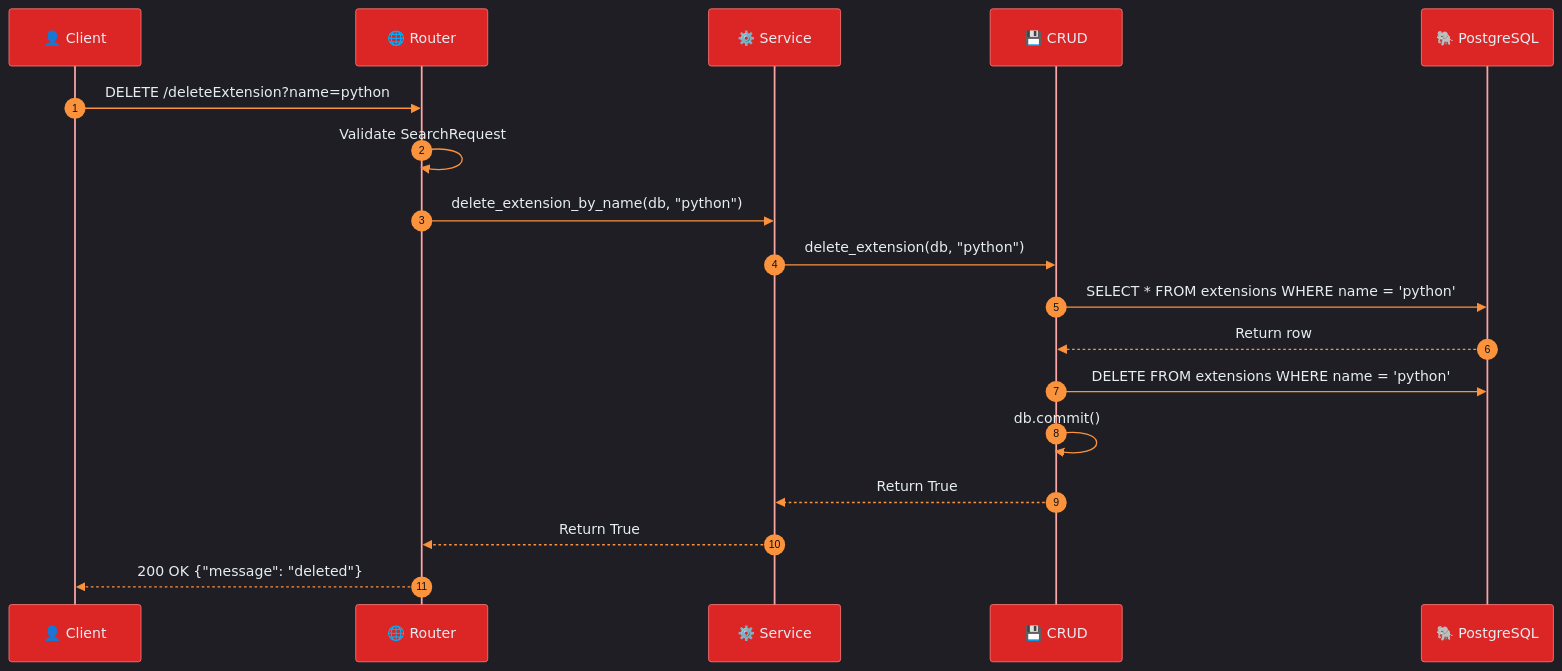
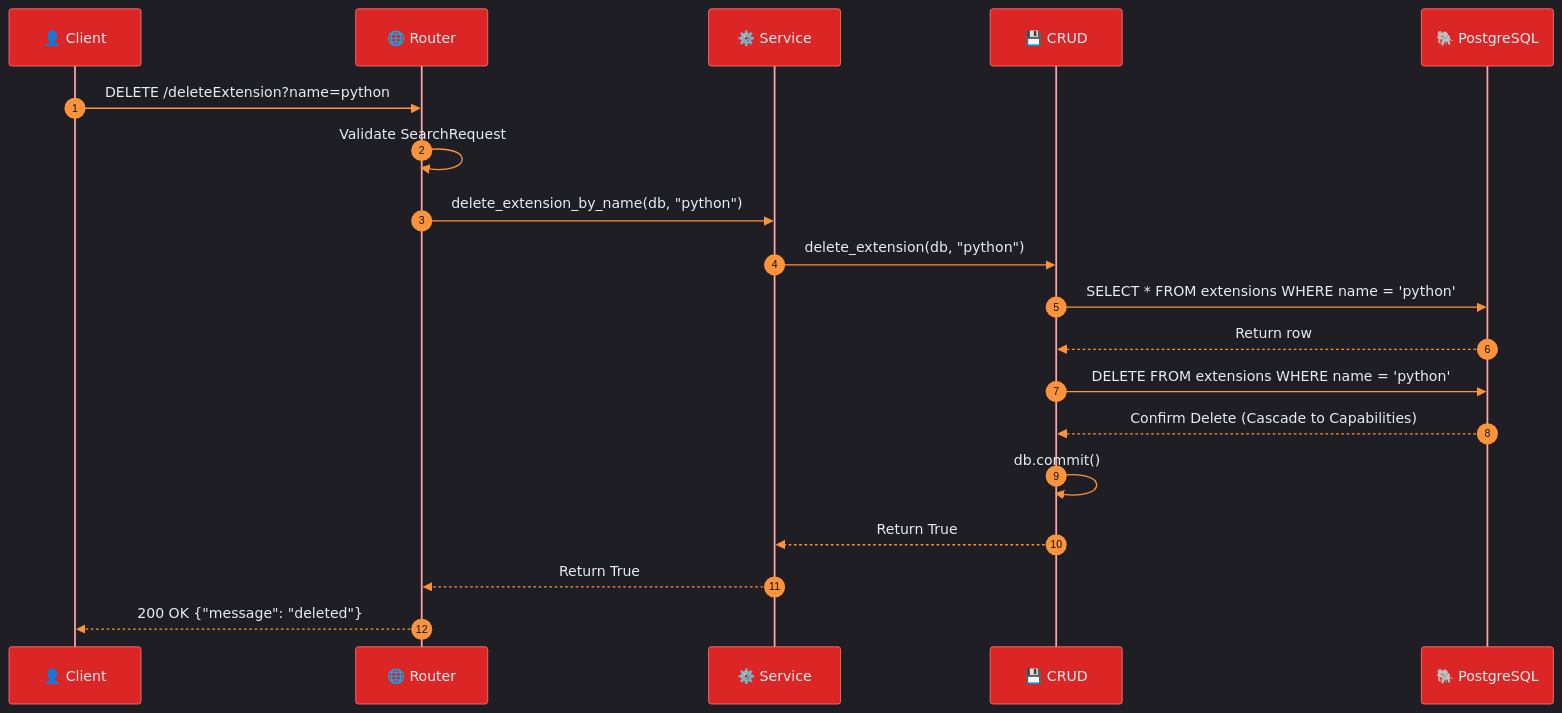
The seventh of 14 diagrams in documents/ARCHITECTURE.md (Ekremunalytu/automation_enviroment), drawn with Mermaid before and after one commit. The commit also changed other lines of this file and 13 other files, not shown here.

````diff
--- a/documents/ARCHITECTURE.md
+++ b/documents/ARCHITECTURE.md
@@ -378,24 +381,25 @@
 ```mermaid
 %%{init: {'theme': 'dark', 'themeVariables': { 'background': '#0d1117', 'primaryColor': '#ef4444', 'primaryTextColor': '#e6edf3', 'actorTextColor': '#e6edf3', 'actorBkg': '#dc2626', 'actorBorder': '#f87171', 'actorLineColor': '#fca5a5', 'signalColor': '#fb923c', 'signalTextColor': '#e6edf3', 'sequenceNumberColor': '#0d1117', 'noteBkgColor': '#b45309', 'noteTextColor': '#e6edf3', 'noteBorderColor': '#fbbf24', 'activationBkgColor': '#c2410c', 'activationBorderColor': '#fb923c', 'labelBoxBkgColor': '#161b22'}}}%%
 sequenceDiagram
     autonumber
     participant C as 👤 Client
     participant R as 🌐 Router
     participant S as ⚙️ Service
     participant CR as 💾 CRUD
     participant DB as 🐘 PostgreSQL
 
     C->>R: DELETE /deleteExtension?name=python
     R->>R: Validate SearchRequest
     R->>S: delete_extension_by_name(db, "python")
 
     S->>CR: delete_extension(db, "python")
     CR->>DB: SELECT * FROM extensions WHERE name = 'python'
     DB-->>CR: Return row
     CR->>DB: DELETE FROM extensions WHERE name = 'python'
+    DB-->>CR: Confirm Delete (Cascade to Capabilities)
     CR->>CR: db.commit()
     CR-->>S: Return True
 
     S-->>R: Return True
     R-->>C: 200 OK {"message": "deleted"}
 ```
````
